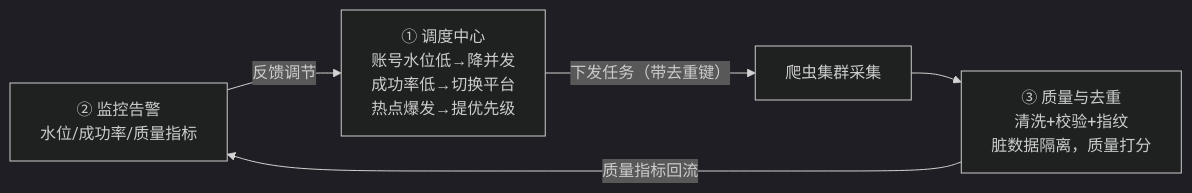
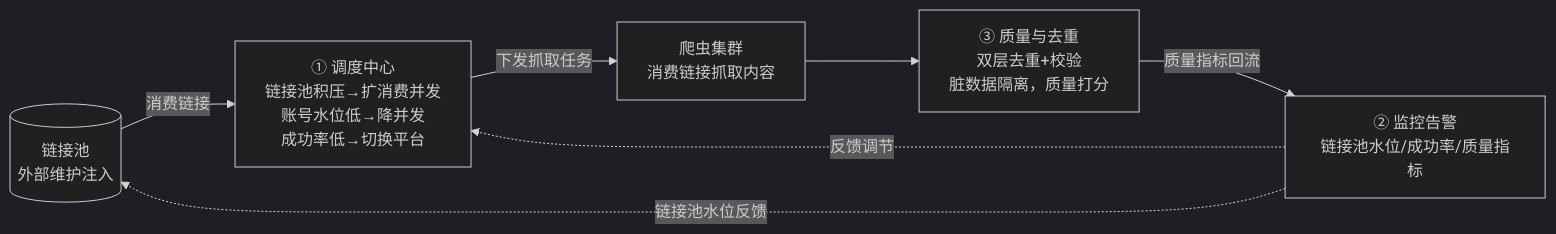
One commit to Sj-g/obsidian changed the sixth of 6 diagrams in 公司项目/认知作战/软件概要设计简述.md. Above: the diagram before and after it, drawn with Mermaid (dark theme). The commit also changed other lines of this file, not shown here.

````diff
--- a/公司项目/认知作战/软件概要设计简述.md
+++ b/公司项目/认知作战/软件概要设计简述.md
@@ -312,12 +398,15 @@
 ```mermaid
 flowchart LR
-    MON["② 监控告警<br/>水位/成功率/质量指标"]
-    SCH["① 调度中心<br/>账号水位低→降并发<br/>成功率低→切换平台<br/>热点爆发→提优先级"]
-    CRAWL["爬虫集群采集"]
-    QUAL["③ 质量与去重<br/>清洗+校验+指纹<br/>脏数据隔离，质量打分"]
+    LP[("链接池<br/>外部维护注入")]
+    MON["② 监控告警<br/>链接池水位/成功率/质量指标"]
+    SCH["① 调度中心<br/>链接池积压→扩消费并发<br/>账号水位低→降并发<br/>成功率低→切换平台"]
+    CRAWL["爬虫集群<br/>消费链接抓取内容"]
+    QUAL["③ 质量与去重<br/>双层去重+校验<br/>脏数据隔离，质量打分"]
 
-    MON -->|"反馈调节"| SCH
-    SCH -->|"下发任务（带去重键）"| CRAWL
+    LP -->|"消费链接"| SCH
+    MON -.->|"反馈调节"| SCH
+    SCH -->|"下发抓取任务"| CRAWL
     CRAWL --> QUAL
     QUAL -->|"质量指标回流"| MON
+    MON -.->|"链接池水位反馈"| LP
 ```
````
